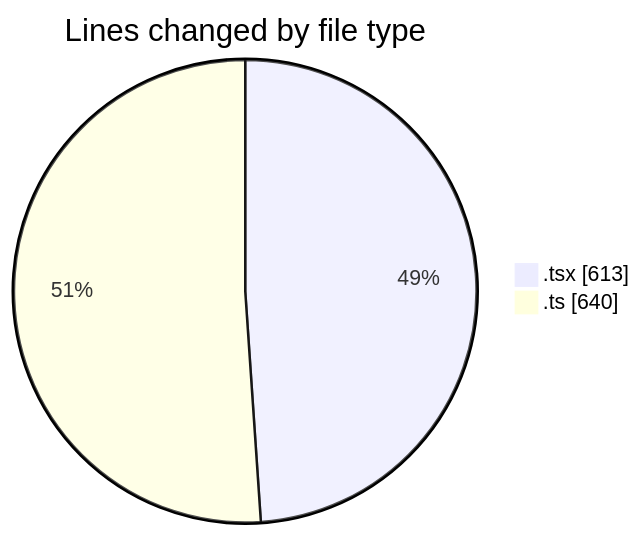
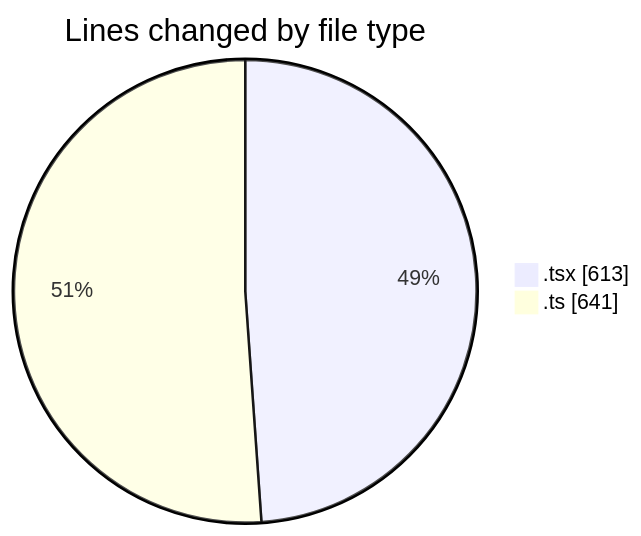
Before and after one commit to nxtqubesakshisongat/code-tracking: the first of 2 diagrams in 2026-02-24/nxtqube_webapp/README.md, drawn with Mermaid. The commit also changed other lines of this file and 1 other file, not shown here.

````diff
--- a/2026-02-24/nxtqube_webapp/README.md
+++ b/2026-02-24/nxtqube_webapp/README.md
@@ -24,6 +24,6 @@
 ```mermaid
 pie showData
 title Lines changed by file type
 ".tsx" : 613
-".ts" : 640
+".ts" : 641
 ```
````
